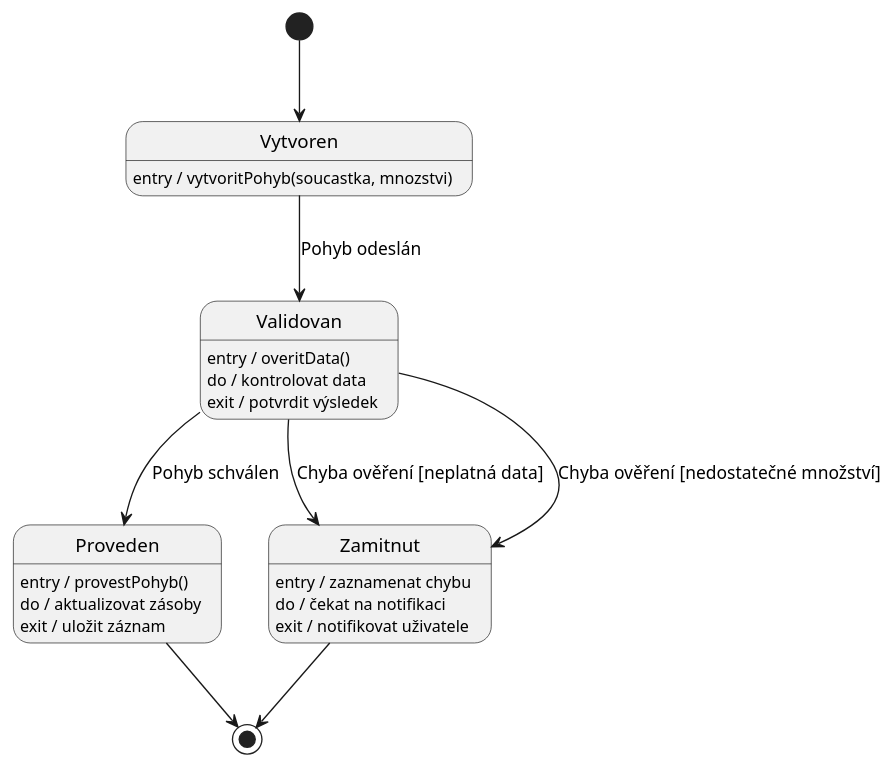
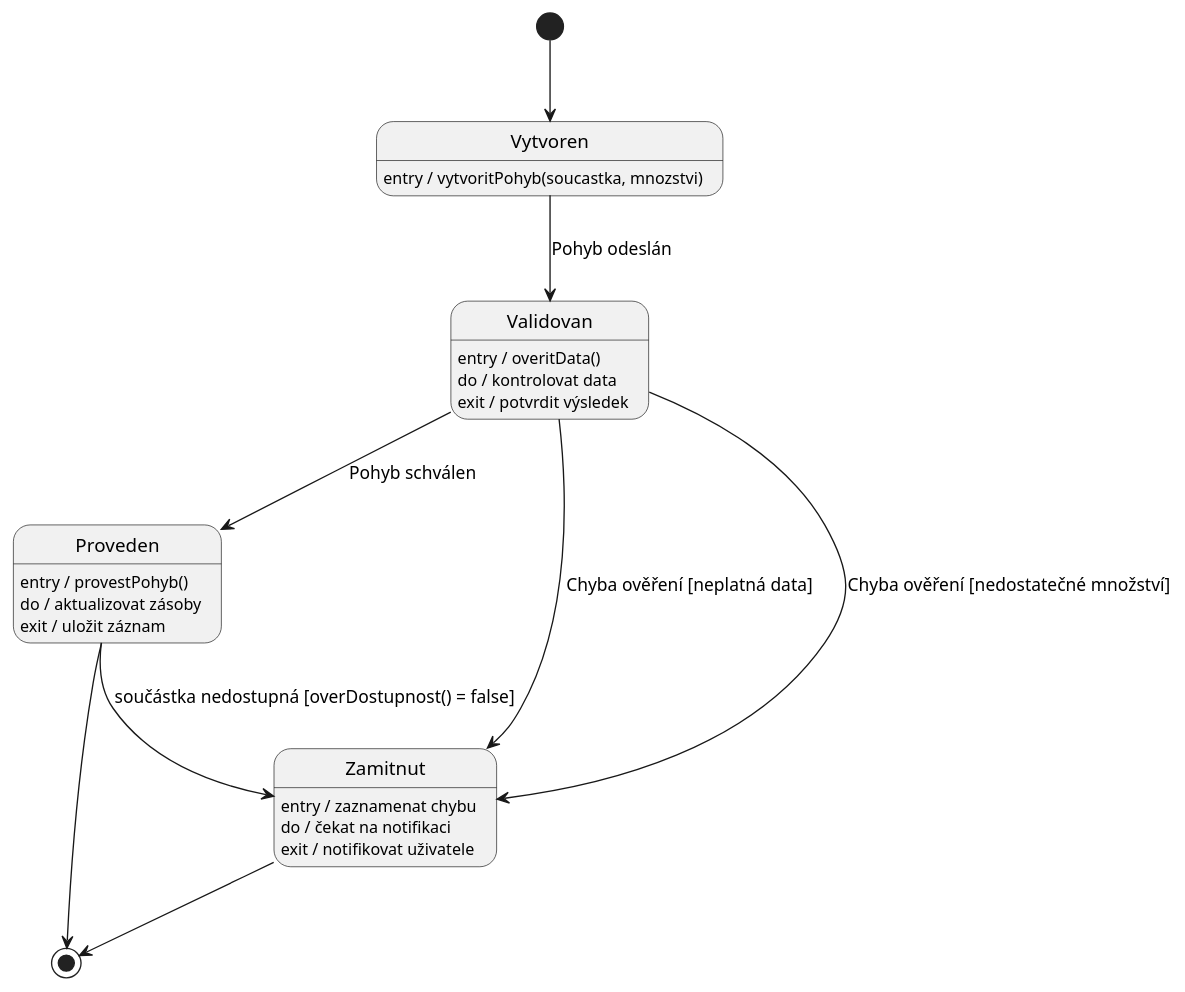
The diagram in diagrams/09_state_pohyb_skladu.puml (lkvapil/kOdevzdaniProjektWMS), drawn with PlantUML before and after one commit. The commit also changed 8 other files, not shown here.

Commit message:
fix: stavove diagramy - overDostupnost() konzistentne u VydejPohyb a PresunutiPohyb

```diff
--- a/diagrams/09_state_pohyb_skladu.puml
+++ b/diagrams/09_state_pohyb_skladu.puml
@@ -1,32 +1,35 @@
 @startuml
 top to bottom direction
 
 ' Bod 6: míchání stavů podtříd do nadtřídy - pouze jeden stav Proveden
 ' Bod 3: zakončovací přechody bez názvu události
 
 [*] --> Vytvoren
 
 Vytvoren : entry / vytvoritPohyb(soucastka, mnozstvi)
 Vytvoren --> Validovan : Pohyb odeslán
 
 Validovan : entry / overitData()
 Validovan : do / kontrolovat data
 Validovan : exit / potvrdit výsledek
 Validovan --> Proveden  : Pohyb schválen
 Validovan --> Zamitnut  : Chyba ověření [neplatná data]
 Validovan --> Zamitnut  : Chyba ověření [nedostatečné množství]
 
 Zamitnut : entry / zaznamenat chybu
 Zamitnut : do / čekat na notifikaci
 Zamitnut : exit / notifikovat uživatele
 
 ' Proveden – polymorfně spustí provestPohyb() konkrétní podtřídy
 Proveden : entry / provestPohyb()
 Proveden : do / aktualizovat zásoby
 Proveden : exit / uložit záznam
 
+' overDostupnost() muze selhat u VydejPohyb a PresunutiPohyb
+Proveden --> Zamitnut : součástka nedostupná [overDostupnost() = false]
+
 ' zakončovací přechody bez názvu události
 Proveden --> [*]
 Zamitnut --> [*]
 
 @enduml
```
